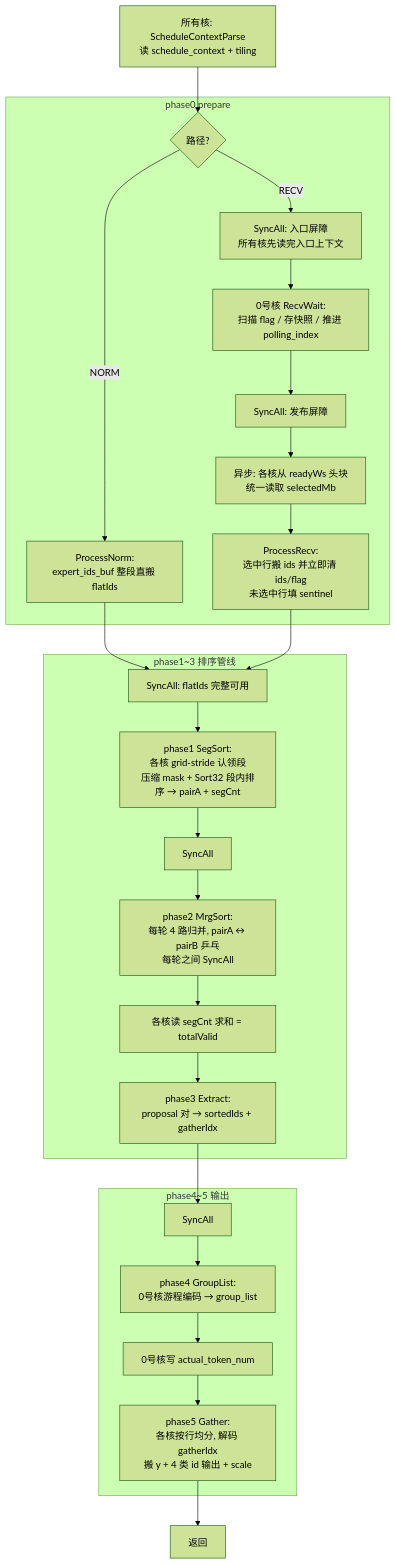
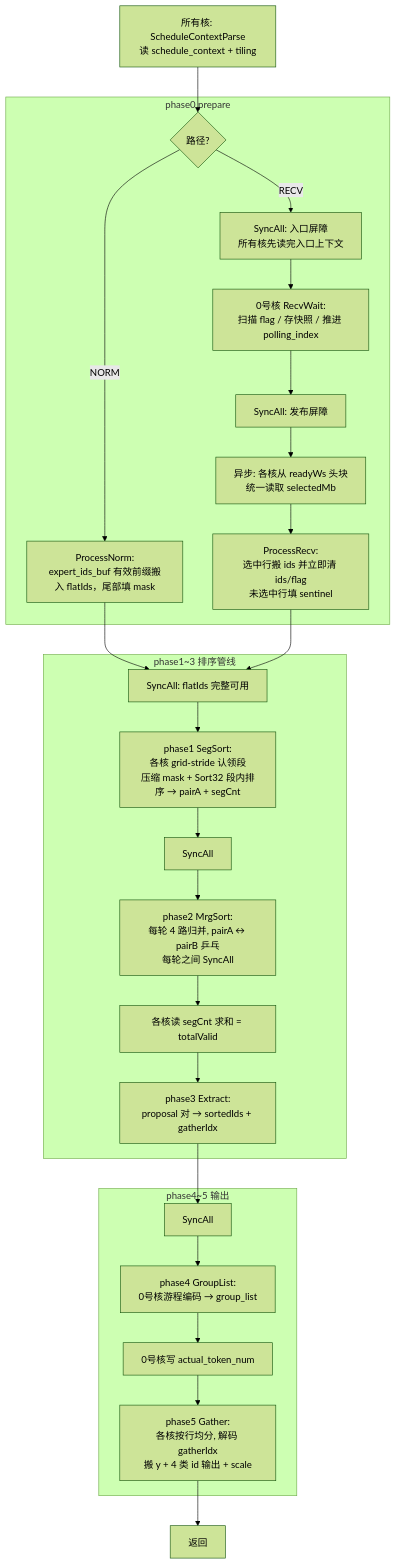
One commit to ChunnX/ops-transformer changed the diagram in ffn/ffn_worker_batching/docs/arch35_architecture.md. Above: the diagram before and after it, drawn with Mermaid (forest theme). The commit also changed other lines of this file and 27 other files, not shown here.

Commit message:
去除测试魔数 && 支持torch直调&图模式蓝区ttk

````diff
--- a/ffn/ffn_worker_batching/docs/arch35_architecture.md
+++ b/ffn/ffn_worker_batching/docs/arch35_architecture.md
@@ -129,35 +129,35 @@
 ```mermaid
 flowchart TD
     C[所有核: ScheduleContextParse<br/>读 schedule_context + tiling] --> P0
 
     subgraph phase0 [phase0 prepare]
         P0{路径?}
-        P0 -- NORM --> N[ProcessNorm:<br/>expert_ids_buf 整段直搬 flatIds]
+        P0 -- NORM --> N[ProcessNorm:<br/>expert_ids_buf 有效前缀搬入 flatIds，尾部填 mask]
         P0 -- RECV --> S0[SyncAll: 入口屏障<br/>所有核先读完入口上下文]
         S0 --> W[0号核 RecvWait:<br/>扫描 flag / 存快照 / 推进 polling_index]
         W --> S1[SyncAll: 发布屏障]
         S1 --> MB[异步: 各核从 readyWs 头块<br/>统一读取 selectedMb]
         MB --> R[ProcessRecv:<br/>选中行搬 ids 并立即清 ids/flag<br/>未选中行填 sentinel]
     end
 
     N --> SA1[SyncAll: flatIds 完整可用]
     R --> SA1
 
     subgraph phase123 [phase1~3 排序管线]
         SA1 --> V1[phase1 SegSort:<br/>各核 grid-stride 认领段<br/>压缩 mask + Sort32 段内排序 → pairA + segCnt]
         V1 --> SA2[SyncAll]
         SA2 --> V2[phase2 MrgSort:<br/>每轮 4 路归并, pairA ↔ pairB 乒乓<br/>每轮之间 SyncAll]
         V2 --> TV[各核读 segCnt 求和 = totalValid]
         TV --> V3[phase3 Extract:<br/>proposal 对 → sortedIds + gatherIdx]
     end
 
     V3 --> SA3[SyncAll]
 
     subgraph phase45 [phase4~5 输出]
         SA3 --> G4[phase4 GroupList:<br/>0号核游程编码 → group_list]
         G4 --> AT[0号核写 actual_token_num]
         AT --> G5[phase5 Gather:<br/>各核按行均分, 解码 gatherIdx<br/>搬 y + 4 类 id 输出 + scale]
     end
 
     G5 --> END[返回]
 ```
````
